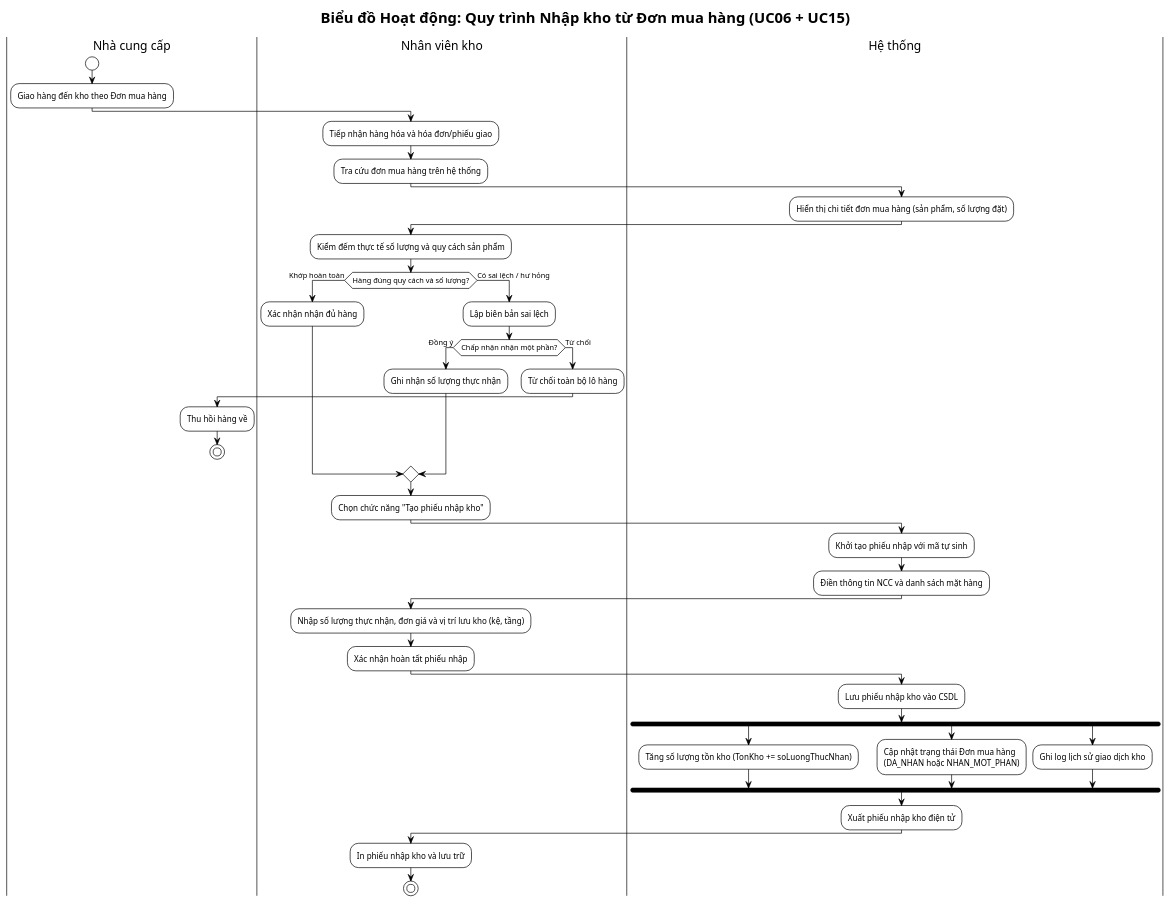
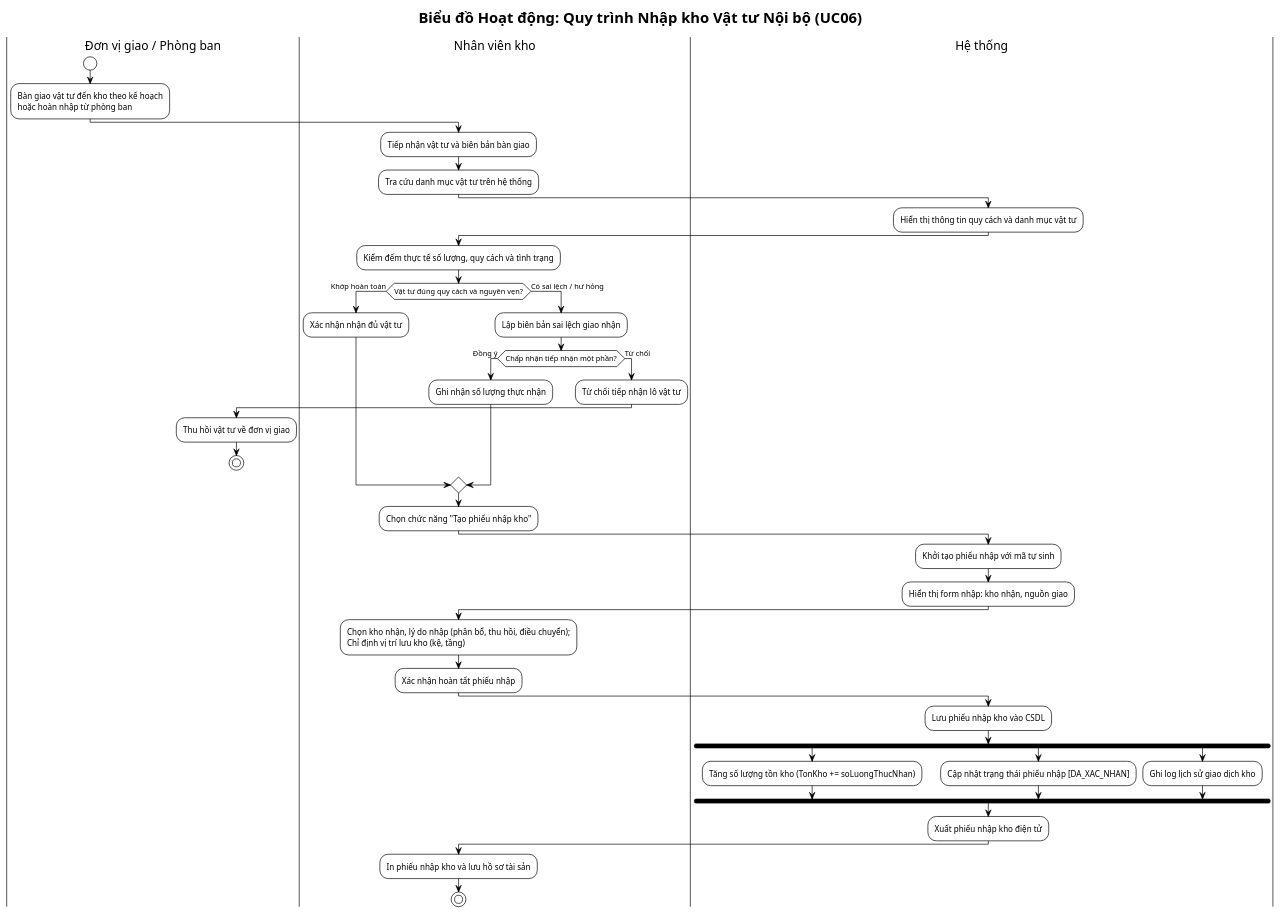
One commit to vuhoabinh2416137/G8_Quanlysanphamvakhohang changed the first of 4 diagrams in BTL-QuanLyKhoHang/plantuml/activity-diagrams.puml. Above: the diagram before and after it, drawn with PlantUML. The commit also changed other lines of this file and 73 other files, not shown here.

Commit message:
refactor: chuyen doi toan bo du an sang Quan ly Kho vat tu noi bo to chuc va bo sung ke hoach phan cong 7 thanh vien

```diff
--- a/BTL-QuanLyKhoHang/plantuml/activity-diagrams.puml
+++ b/BTL-QuanLyKhoHang/plantuml/activity-diagrams.puml
@@ -1,61 +1,60 @@
 @startuml activity-nhap-kho
 !theme plain
 skinparam defaultFontName "Arial"
-title Biểu đồ Hoạt động: Quy trình Nhập kho từ Đơn mua hàng (UC06 + UC15)
+title Biểu đồ Hoạt động: Quy trình Nhập kho Vật tư Nội bộ (UC06)
 
-' ==============================================================================
-|Nhà cung cấp|
+|Đơn vị giao / Phòng ban|
 start
-:Giao hàng đến kho theo Đơn mua hàng;
+:Bàn giao vật tư đến kho theo kế hoạch\nhoặc hoàn nhập từ phòng ban;
 
 |Nhân viên kho|
-:Tiếp nhận hàng hóa và hóa đơn/phiếu giao;
-:Tra cứu đơn mua hàng trên hệ thống;
+:Tiếp nhận vật tư và biên bản bàn giao;
+:Tra cứu danh mục vật tư trên hệ thống;
 
 |Hệ thống|
-:Hiển thị chi tiết đơn mua hàng (sản phẩm, số lượng đặt);
+:Hiển thị thông tin quy cách và danh mục vật tư;
 
 |Nhân viên kho|
-:Kiểm đếm thực tế số lượng và quy cách sản phẩm;
+:Kiểm đếm thực tế số lượng, quy cách và tình trạng;
 
-if (Hàng đúng quy cách và số lượng?) then (Khớp hoàn toàn)
-    :Xác nhận nhận đủ hàng;
+if (Vật tư đúng quy cách và nguyên vẹn?) then (Khớp hoàn toàn)
+    :Xác nhận nhận đủ vật tư;
 else (Có sai lệch / hư hỏng)
-    :Lập biên bản sai lệch;
-    if (Chấp nhận nhận một phần?) then (Đồng ý)
+    :Lập biên bản sai lệch giao nhận;
+    if (Chấp nhận tiếp nhận một phần?) then (Đồng ý)
         :Ghi nhận số lượng thực nhận;
     else (Từ chối)
-        :Từ chối toàn bộ lô hàng;
-        |Nhà cung cấp|
-        :Thu hồi hàng về;
+        :Từ chối tiếp nhận lô vật tư;
+        |Đơn vị giao / Phòng ban|
+        :Thu hồi vật tư về đơn vị giao;
         stop
     endif
 endif
 
 |Nhân viên kho|
 :Chọn chức năng "Tạo phiếu nhập kho";
 
 |Hệ thống|
 :Khởi tạo phiếu nhập với mã tự sinh;
-:Điền thông tin NCC và danh sách mặt hàng;
+:Hiển thị form nhập: kho nhận, nguồn giao;
 
 |Nhân viên kho|
-:Nhập số lượng thực nhận, đơn giá và vị trí lưu kho (kệ, tầng);
+:Chọn kho nhận, lý do nhập (phân bổ, thu hồi, điều chuyển);\nChỉ định vị trí lưu kho (kệ, tầng);
 :Xác nhận hoàn tất phiếu nhập;
 
 |Hệ thống|
 :Lưu phiếu nhập kho vào CSDL;
 fork
     :Tăng số lượng tồn kho (TonKho += soLuongThucNhan);
 fork again
-    :Cập nhật trạng thái Đơn mua hàng\n(DA_NHAN hoặc NHAN_MOT_PHAN);
+    :Cập nhật trạng thái phiếu nhập [DA_XAC_NHAN];
 fork again
     :Ghi log lịch sử giao dịch kho;
 end fork
 
 :Xuất phiếu nhập kho điện tử;
 |Nhân viên kho|
-:In phiếu nhập kho và lưu trữ;
+:In phiếu nhập kho và lưu hồ sơ tài sản;
 stop
 
 @enduml
```
